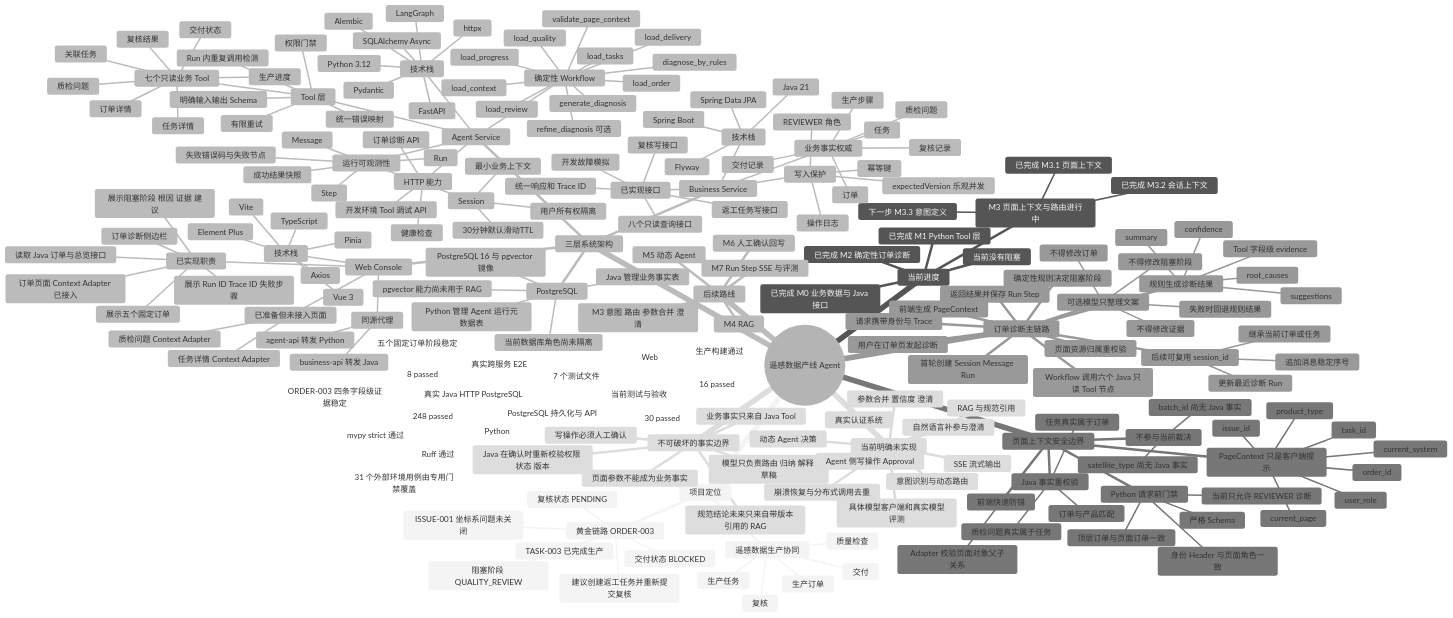
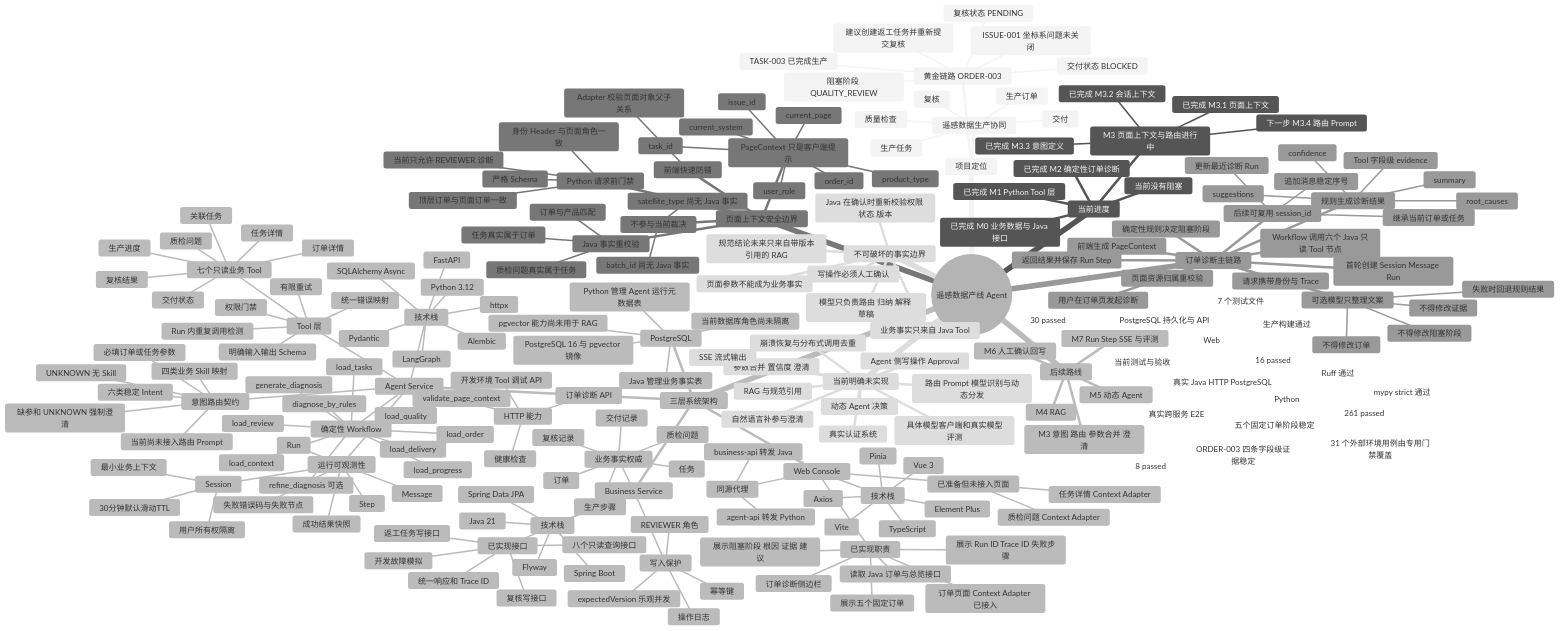
Before and after one commit to GaoZWei/productline-agent: the diagram in docs/current-system-mindmap.md, drawn with Mermaid (neutral theme). The commit also changed other lines of this file and 21 other files, not shown here.

Commit message:
feat: M3.3 意图定义

```diff
--- a/docs/current-system-mindmap.md
+++ b/docs/current-system-mindmap.md
@@ -29,7 +29,8 @@
       M3 页面上下文与路由进行中
         已完成 M3.1 页面上下文
         已完成 M3.2 会话上下文
-        下一步 M3.3 意图定义
+        已完成 M3.3 意图定义
+        下一步 M3.4 路由 Prompt
       当前没有阻塞
     三层系统架构
       Web Console
@@ -66,6 +67,13 @@
           订单诊断 API
           开发环境 Tool 调试 API
           健康检查
+        意图路由契约
+          六类稳定 Intent
+          必填订单或任务参数
+          四类业务 Skill 映射
+          UNKNOWN 无 Skill
+          缺参和 UNKNOWN 强制澄清
+          当前尚未接入路由 Prompt
         Tool 层
           七个只读业务 Tool
             订单详情
@@ -188,7 +196,7 @@
       Java 在确认时重新校验权限 状态 版本
     当前测试与验收
       Python
-        248 passed
+        261 passed
         31 个外部环境用例由专用门禁覆盖
         Ruff 通过
         mypy strict 通过
@@ -204,7 +212,7 @@
         五个固定订单阶段稳定
         ORDER-003 四条字段级证据稳定
     当前明确未实现
-      意图识别与动态路由
+      路由 Prompt 模型识别与动态分发
       自然语言补参与澄清
       参数合并 置信度 澄清
       RAG 与规范引用
```
